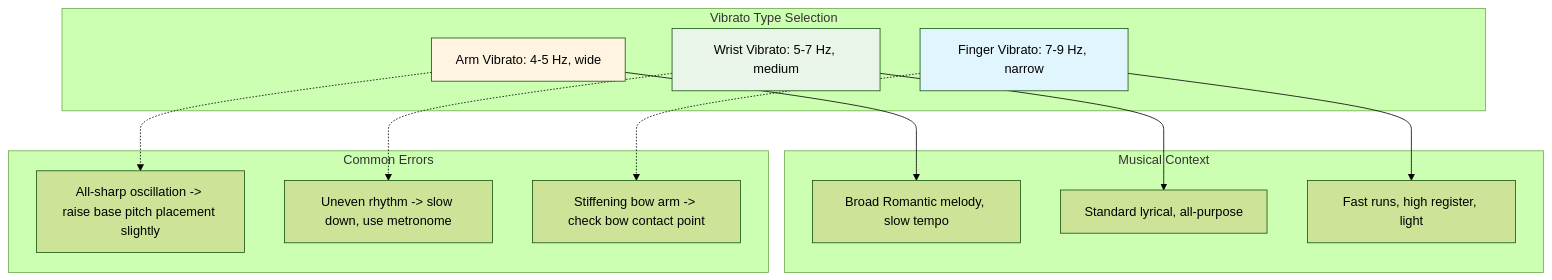
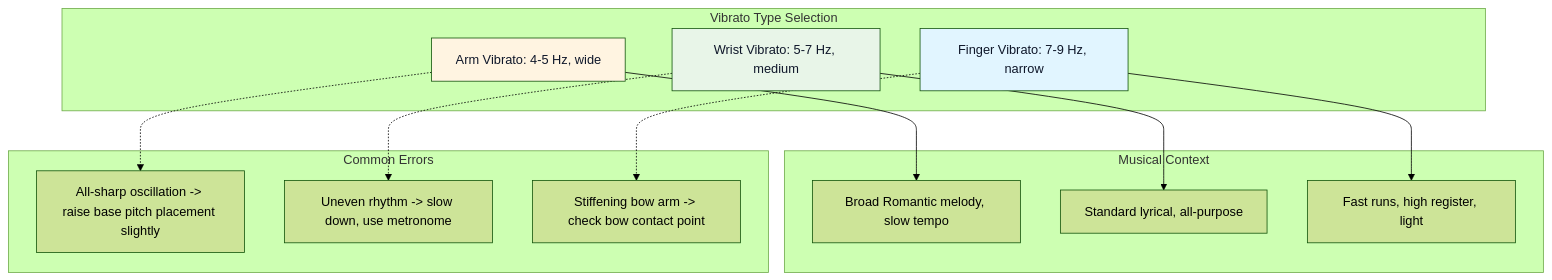
Before and after one commit to blebleblee/synapse: the fourth of 8 diagrams in topics/arts/music_performance/strings/lesson_01_string_techniques.md, drawn with Mermaid (forest theme). The commit also changed other lines of this file and 1464 other files, not shown here.

Commit message:
feat(release): curriculum vector mermaid upgrade, render hardening, and master synpack

````diff
--- a/topics/arts/music_performance/strings/lesson_01_string_techniques.md
+++ b/topics/arts/music_performance/strings/lesson_01_string_techniques.md
@@ -348,32 +348,32 @@
 ```mermaid
 graph TD
     subgraph sub_vib ["Vibrato Type Selection"]
         V1["Arm Vibrato: 4-5 Hz, wide"]
         V2["Wrist Vibrato: 5-7 Hz, medium"]
         V3["Finger Vibrato: 7-9 Hz, narrow"]
     end
 
     subgraph sub_context ["Musical Context"]
         C1["Broad Romantic melody, slow tempo"]
         C2["Standard lyrical, all-purpose"]
         C3["Fast runs, high register, light"]
     end
 
     subgraph sub_error ["Common Errors"]
         E1["All-sharp oscillation -> raise base pitch placement slightly"]
         E2["Uneven rhythm -> slow down, use metronome"]
         E3["Stiffening bow arm -> check bow contact point"]
     end
 
     V1 --> C1
     V2 --> C2
     V3 --> C3
 
     V1 -.-> E1
     V2 -.-> E2
     V3 -.-> E3
 
-    style V1 fill:#fff4e1
-    style V2 fill:#e8f5e8
-    style V3 fill:#e1f5ff
+    style V1 fill:#fff4e1,color:#0f172a
+    style V2 fill:#e8f5e8,color:#0f172a
+    style V3 fill:#e1f5ff,color:#0f172a
 ```
````
